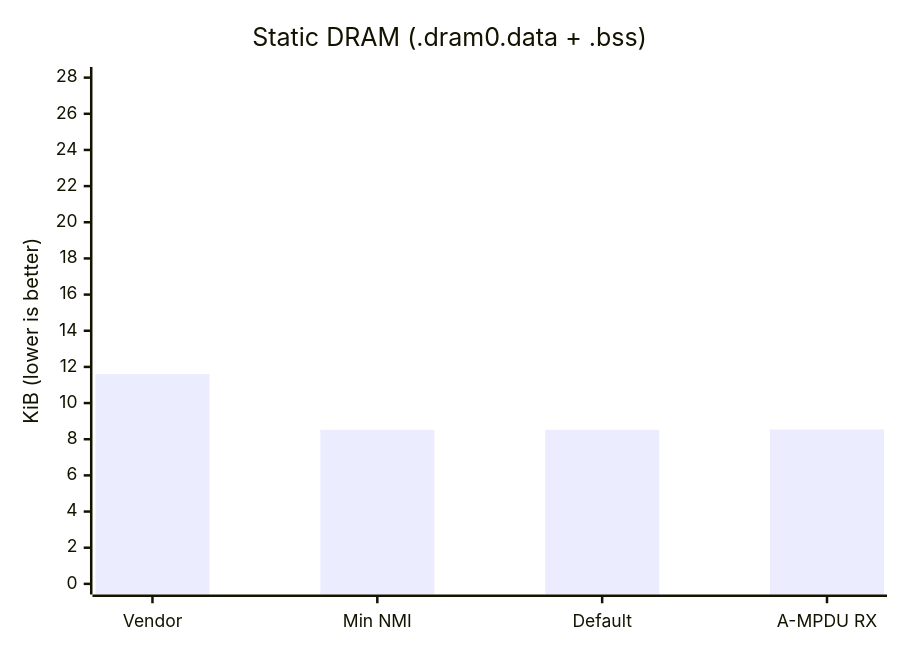
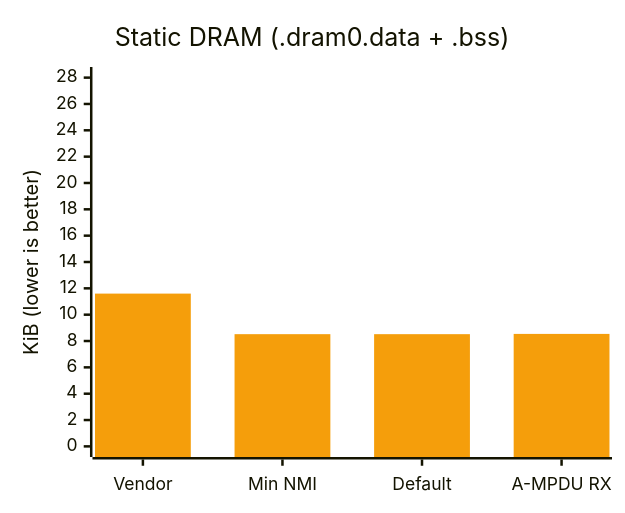
Before and after one commit to Adam5Wu/ESP8266_RTOS_SDK: the fourth of 4 diagrams in components/esp8266/WIFI_DESIGN.md, drawn with Mermaid. The commit also changed other lines of this file, not shown here.

Commit message:
docs(esp8266): enlarge and color-code IRAM/DRAM charts and wrap table deltas onto new lines

````diff
--- a/components/esp8266/WIFI_DESIGN.md
+++ b/components/esp8266/WIFI_DESIGN.md
@@ -174,7 +183,16 @@
 ```mermaid
+---
+config:
+  xyChart:
+    width: 480
+    height: 390
+  themeVariables:
+    xyChart:
+      plotColorPalette: "#f59e0b"
+---
 xychart-beta
     title "Static DRAM (.dram0.data + .bss)"
     x-axis ["Vendor", "Min NMI", "Default", "A-MPDU RX"]
     y-axis "KiB (lower is better)" 0 --> 28
     bar [11.60, 8.52, 8.52, 8.54]
 ```
````
